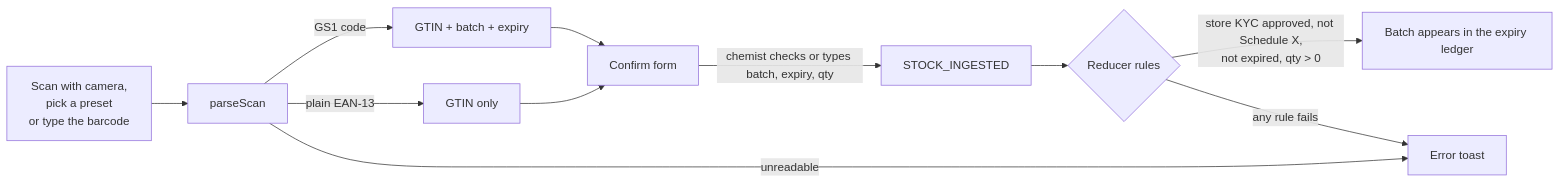
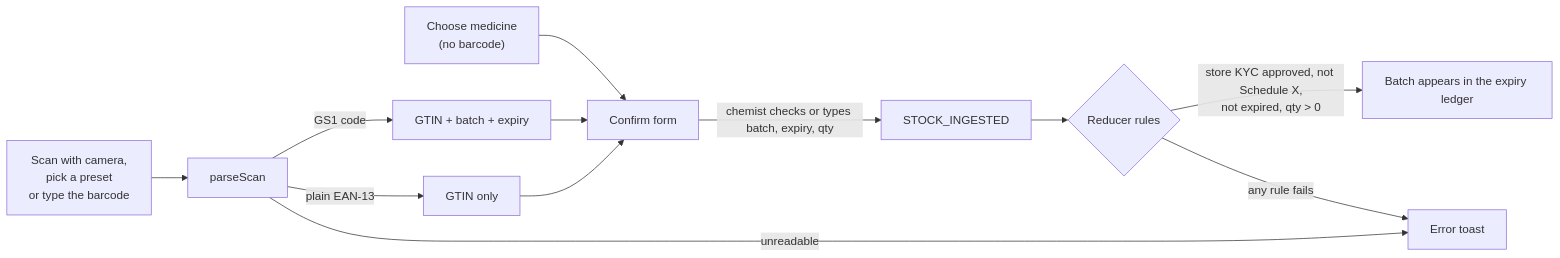
Before and after one commit to chethan-9817/pharma_flow_1: the first of 10 diagrams in WORKFLOW.md, drawn with Mermaid. The commit also changed other lines of this file, not shown here.

````diff
--- a/WORKFLOW.md
+++ b/WORKFLOW.md
@@ -60,13 +61,14 @@
 ```mermaid
 flowchart LR
     A["Scan with camera,<br/>pick a preset<br/>or type the barcode"] --> B["parseScan"]
+    M["Choose medicine<br/>(no barcode)"] --> E
     B -->|"GS1 code"| C["GTIN + batch + expiry"]
     B -->|"plain EAN-13"| D["GTIN only"]
     B -->|"unreadable"| X["Error toast"]
     C --> E["Confirm form"]
     D --> E
     E -->|"chemist checks or types batch, expiry, qty"| F["STOCK_INGESTED"]
     F --> G{"Reducer rules"}
     G -->|"store KYC approved, not Schedule X,<br/>not expired, qty > 0"| H["Batch appears in the expiry ledger"]
     G -->|"any rule fails"| X
 ```
````
